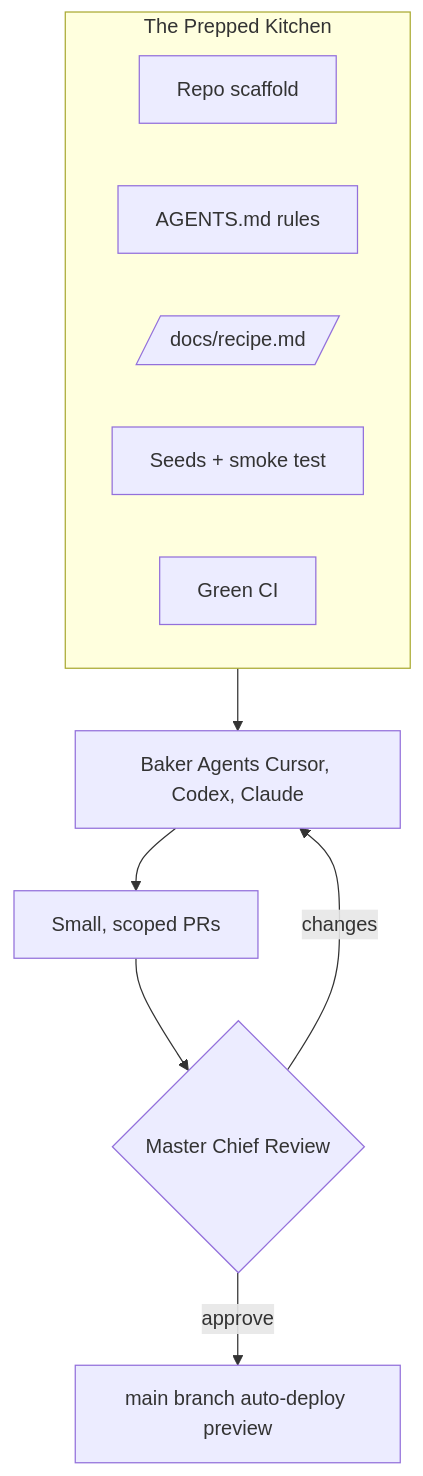
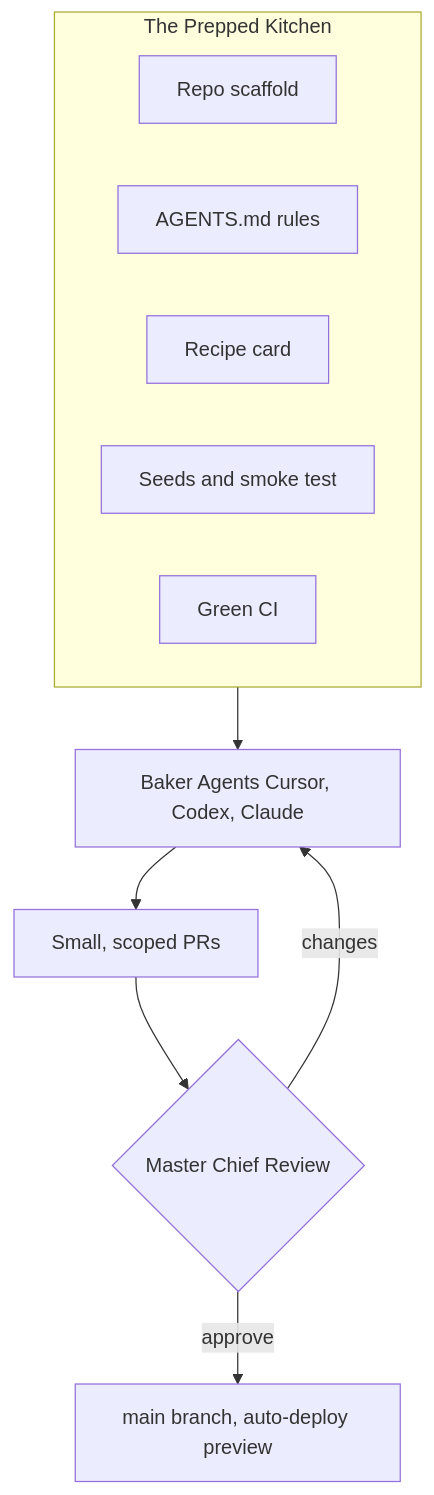
One commit to softbakedev/recipes changed the third of 4 diagrams in how-to-turn-an-idea-into-a-product-recipe/README.md. Above: the diagram before and after it, drawn with Mermaid. The commit also changed other lines of this file and 4 other files, not shown here.

````diff
--- a/how-to-turn-an-idea-into-a-product-recipe/README.md
+++ b/how-to-turn-an-idea-into-a-product-recipe/README.md
@@ -101,15 +185,15 @@
 ```mermaid
 flowchart TB
     subgraph Kitchen["The Prepped Kitchen"]
         R[Repo scaffold]
         A[AGENTS.md rules]
-        D[/docs/recipe.md/]
-        S[Seeds + smoke test]
+        D[Recipe card]
+        S[Seeds and smoke test]
         C[Green CI]
     end
     Kitchen --> Agents[Baker Agents Cursor, Codex, Claude]
     Agents --> PR[Small, scoped PRs]
     PR --> Chief{Master Chief Review}
-    Chief -- approve --> Main[main branch auto-deploy preview]
+    Chief -- approve --> Main[main branch, auto-deploy preview]
     Chief -- changes --> Agents
 ```
````
